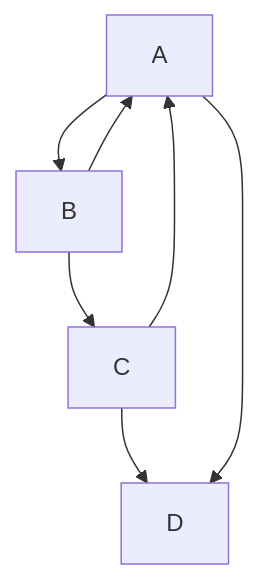
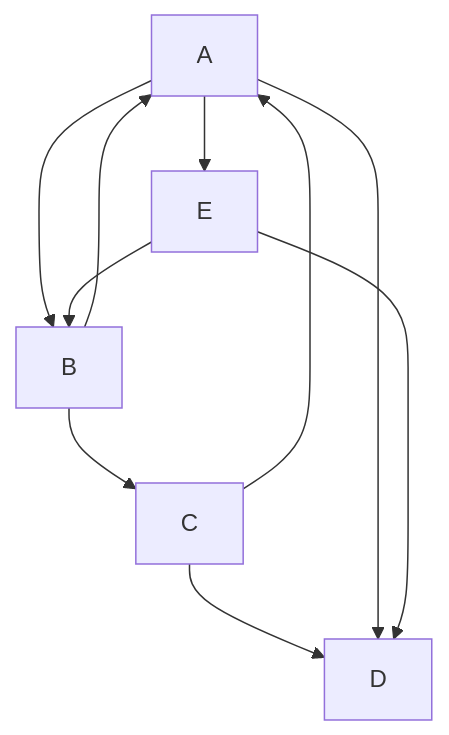
Before and after one commit to MasterIceZ/iLab: the diagram in mermaid.md, drawn with Mermaid.

````diff
--- a/mermaid.md
+++ b/mermaid.md
@@ -1,9 +1,12 @@
 ```mermaid
 graph TD;
   A-->B;
   B-->C;
   C-->D;
   A-->D;
   C-->A;
   B-->A;
+  A-->E;
+  E-->B;
+  E-->D;
 ```
````
